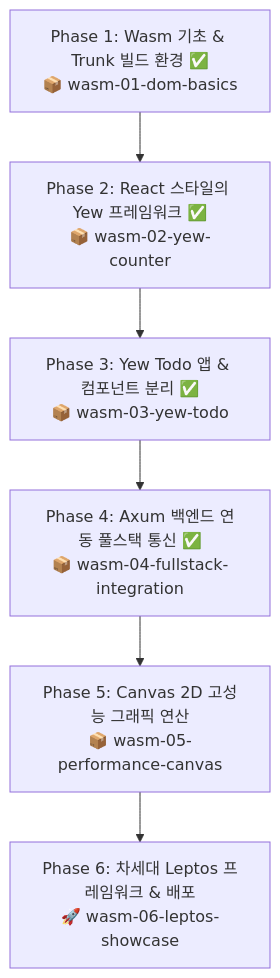
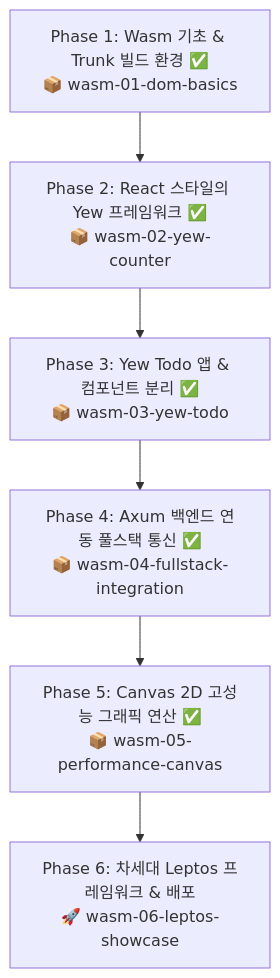
Before and after one commit to space-cap/rust-sandbox: the diagram in docs/frontend/frontend_learning_plan.md, drawn with Mermaid. The commit also changed other lines of this file and 29 other files, not shown here.

Commit message:
기능구현: Phase 5 Canvas 2D 고성능 그래픽 연산 (wasm-05-performance-canvas) 완성

````diff
--- a/docs/frontend/frontend_learning_plan.md
+++ b/docs/frontend/frontend_learning_plan.md
@@ -21,8 +21,8 @@
 ```mermaid
 flowchart TD
     F1["Phase 1: Wasm 기초 & Trunk 빌드 환경 ✅<br/>📦 wasm-01-dom-basics"] --> F2["Phase 2: React 스타일의 Yew 프레임워크 ✅<br/>📦 wasm-02-yew-counter"]
     F2 --> F3["Phase 3: Yew Todo 앱 & 컴포넌트 분리 ✅<br/>📦 wasm-03-yew-todo"]
     F3 --> F4["Phase 4: Axum 백엔드 연동 풀스택 통신 ✅<br/>📦 wasm-04-fullstack-integration"]
-    F4 --> F5["Phase 5: Canvas 2D 고성능 그래픽 연산<br/>📦 wasm-05-performance-canvas"]
+    F4 --> F5["Phase 5: Canvas 2D 고성능 그래픽 연산 ✅<br/>📦 wasm-05-performance-canvas"]
     F5 --> F6["Phase 6: 차세대 Leptos 프레임워크 & 배포<br/>🚀 wasm-06-leptos-showcase"]
 ```
````
